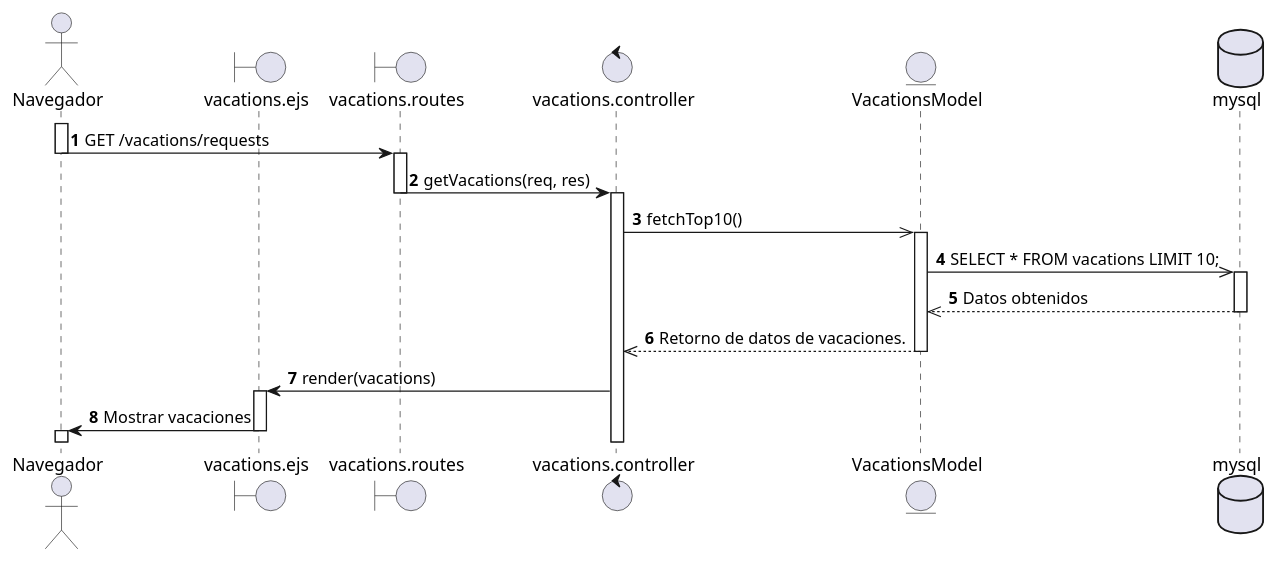
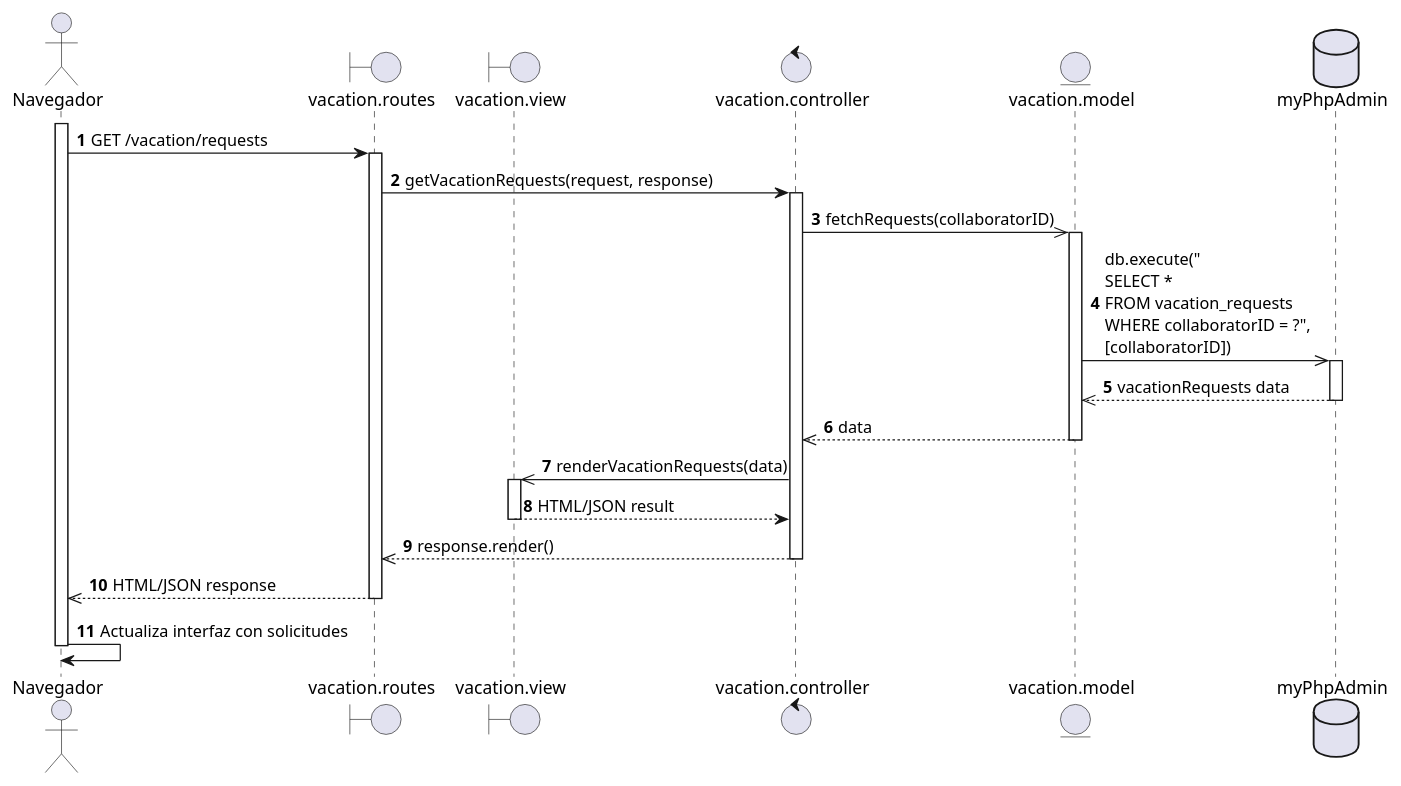
The diagram in diagrams/Casos de Uso/Mauricio/diagrama de secuencia/CU03.puml (EdCanCe/WorkCells), drawn with PlantUML before and after one commit. The commit also changed 2 other files, not shown here.

Commit message:
Diagramas de secuencia: hechos

```diff
--- a/diagrams/Casos de Uso/Mauricio/diagrama de secuencia/CU03.puml
+++ b/diagrams/Casos de Uso/Mauricio/diagrama de secuencia/CU03.puml
@@ -1,40 +1,44 @@
-@startuml CU02 - SuperAdmin consulta solicitudes de vacaciones de colaborador - Diagrama de actividad
+@startuml CU03 - SuperAdmin consulta solicitudes de vacaciones de colaborador - Diagrama de secuencia
 actor Navegador
-boundary vacations.ejs
-boundary vacations.routes
-control vacations.controller
-entity VacationsModel
-database mysql
-
+boundary "vacation.routes" as Routes
+boundary "vacation.view" as View
+control "vacation.controller" as Controller
+entity "vacation.model" as Model
+database "myPhpAdmin" as DB
 
 autonumber
-' Inicio del flujo
+
+' El SuperAdmin (HR) inicia la consulta de solicitudes de vacaciones
 activate Navegador
-Navegador -> vacations.routes : GET /vacations/requests
+Navegador -> Routes: GET /vacation/requests
+
+activate Routes
+Routes -> Controller: getVacationRequests(request, response)
+activate Controller
+
+' El controlador consulta el modelo para obtener las solicitudes de vacaciones
+Controller ->> Model: fetchRequests(collaboratorID)
+activate Model
+Model ->> DB: db.execute("\nSELECT * \nFROM vacation_requests \nWHERE collaboratorID = ?", \n[collaboratorID])
+activate DB
+DB -->> Model: vacationRequests data
+deactivate DB
+Model -->> Controller: data
+deactivate Model
+
+' El controlador procesa la respuesta y delega la renderización a la vista
+Controller ->> View: renderVacationRequests(data)
+activate View
+View --> Controller: HTML/JSON result
+deactivate View
+
+Controller -->> Routes: response.render()
+deactivate Controller
+
+Routes -->> Navegador: HTML/JSON response
+deactivate Routes
+
+Navegador -> Navegador: Actualiza interfaz con solicitudes
 deactivate Navegador
-activate vacations.routes
-vacations.routes -> vacations.controller : getVacations(req, res)
-deactivate vacations.routes
-activate vacations.controller
-
-
-' Se utiliza la instancia para obtener los datos
-vacations.controller ->> VacationsModel : fetchTop10()
-activate VacationsModel
-
-VacationsModel ->> mysql : SELECT * FROM vacations LIMIT 10;
-activate mysql
-mysql -->> VacationsModel : Datos obtenidos
-deactivate mysql
-
-VacationsModel -->> vacations.controller : Retorno de datos de vacaciones.
-deactivate VacationsModel
-
-vacations.controller -> vacations.ejs : render(vacations)
-activate vacations.ejs
-vacations.ejs -> Navegador : Mostrar vacaciones
-deactivate vacations.ejs
-activate Navegador
-
 
 @enduml
```
